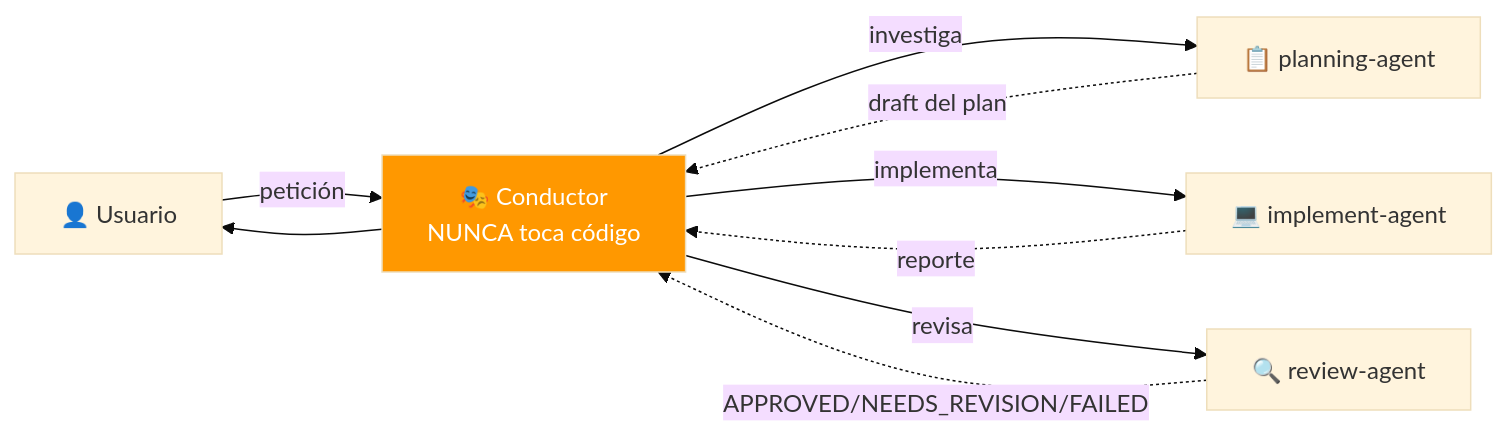
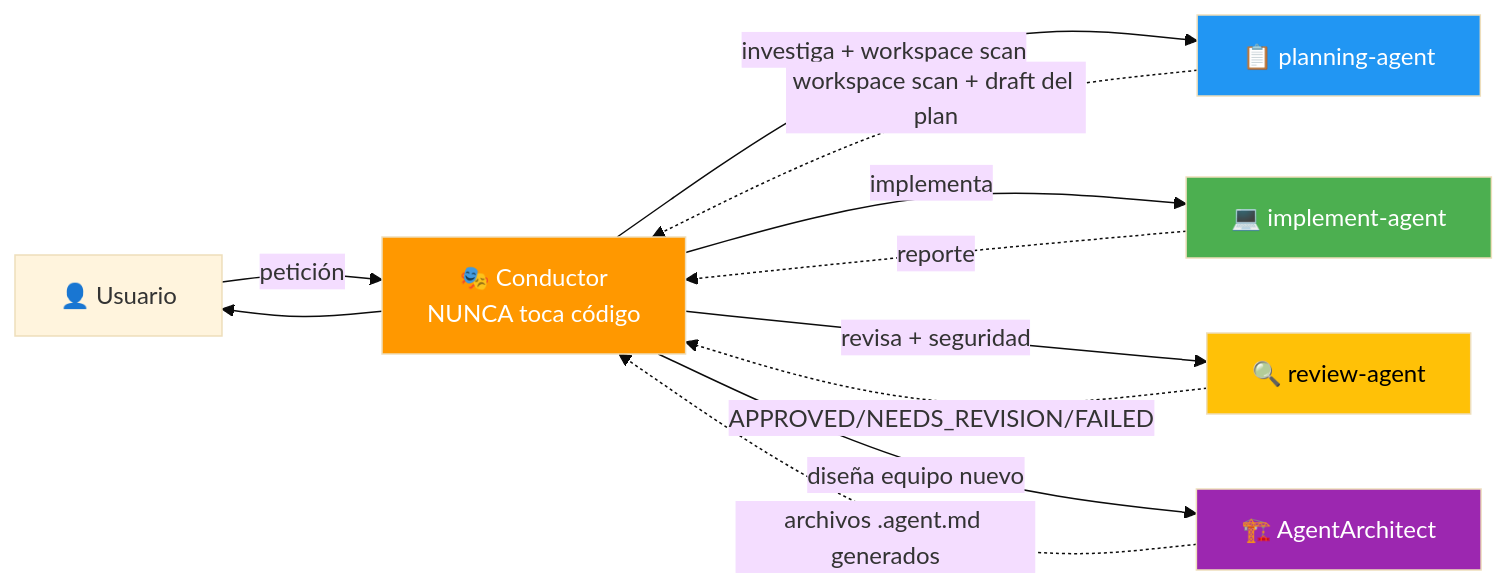
The diagram in AGENTS.md (elisaul77/Orquestacion_Agentes_claude), drawn with Mermaid (base theme) before and after one commit. The commit also changed other lines of this file and 8 other files, not shown here.

First line of the commit message:
feat: v5.0 — workspace scan, mini-entrevista, AgentArchitect, checklist seguridad

````diff
--- a/AGENTS.md
+++ b/AGENTS.md
@@ -5,13 +5,19 @@
 ```mermaid
 flowchart LR
     USER["👤 Usuario"] -->|"petición"| CONDUCTOR["🎭 Conductor<br/>NUNCA toca código"]
-    CONDUCTOR -->|"investiga"| PA["📋 planning-agent"]
+    CONDUCTOR -->|"investiga + workspace scan"| PA["📋 planning-agent"]
     CONDUCTOR -->|"implementa"| IA["💻 implement-agent"]
-    CONDUCTOR -->|"revisa"| RA["🔍 review-agent"]
-    PA -.->|"draft del plan"| CONDUCTOR
+    CONDUCTOR -->|"revisa + seguridad"| RA["🔍 review-agent"]
+    CONDUCTOR -->|"diseña equipo nuevo"| AA["🏗️ AgentArchitect"]
+    PA -.->|"workspace scan + draft del plan"| CONDUCTOR
     IA -.->|"reporte"| CONDUCTOR
     RA -.->|"APPROVED/NEEDS_REVISION/FAILED"| CONDUCTOR
+    AA -.->|"archivos .agent.md generados"| CONDUCTOR
     CONDUCTOR --> USER
 
     style CONDUCTOR fill:#ff9800,color:#fff
+    style PA fill:#2196f3,color:#fff
+    style IA fill:#4caf50,color:#fff
+    style RA fill:#ffc107,color:#000
+    style AA fill:#9c27b0,color:#fff
 ```
````
